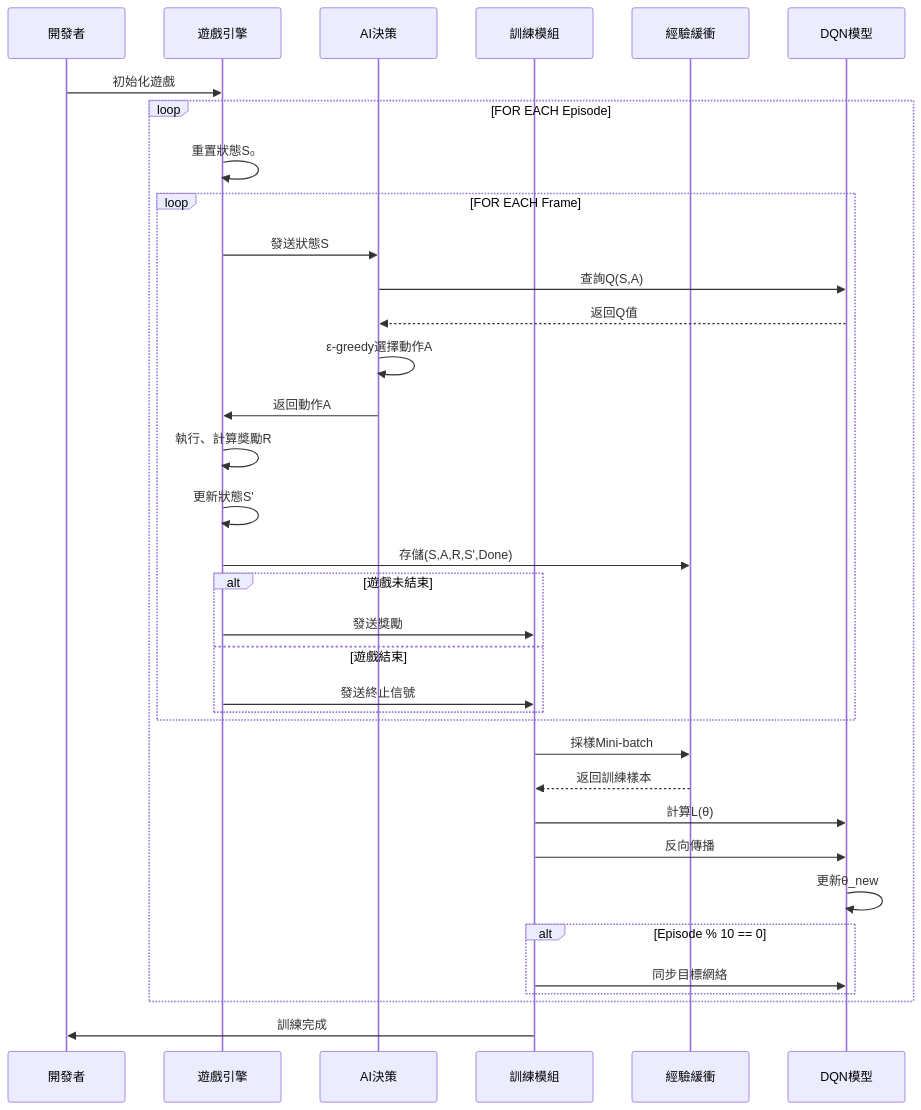
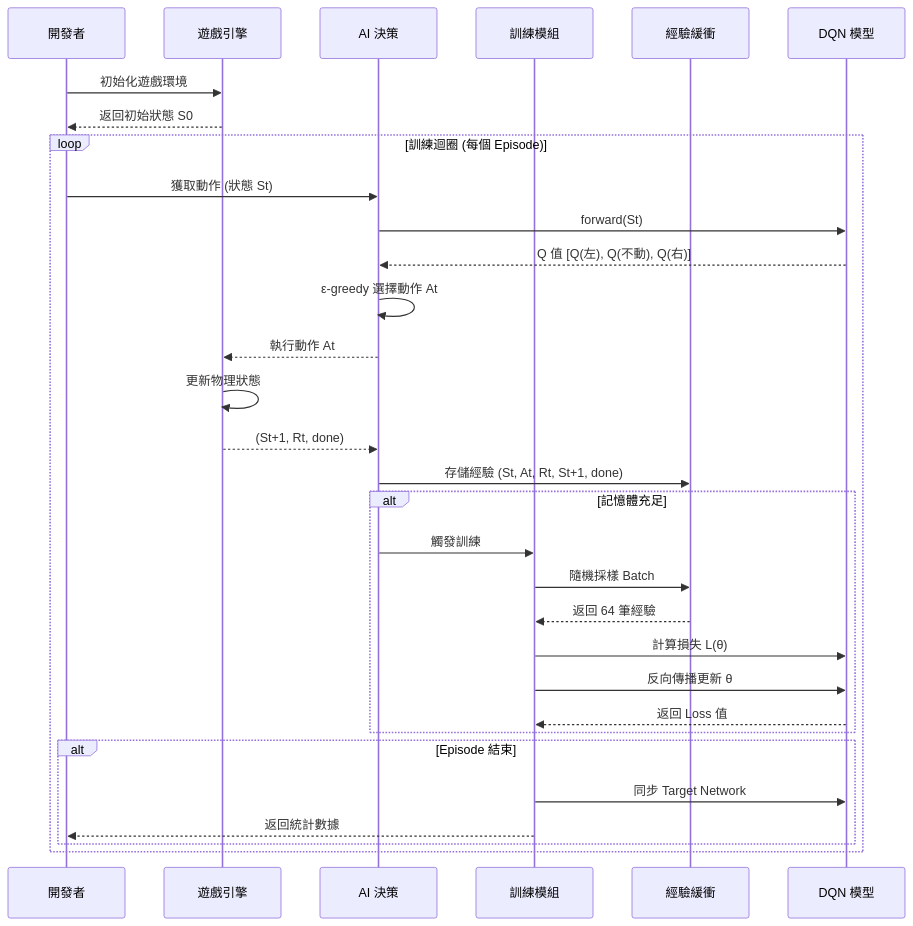
One commit to C111112104/ML_Game changed the seventh of 10 diagrams in doc/ping-pong-ai-project.md. Above: the diagram before and after it, drawn with Mermaid. The commit also changed other lines of this file, not shown here.

````diff
--- a/doc/ping-pong-ai-project.md
+++ b/doc/ping-pong-ai-project.md
@@ -257,45 +256,39 @@
 ```mermaid
 sequenceDiagram
     participant Dev as 開發者
-    participant Game as 遊戲引擎
-    participant AI as AI決策
+    participant Env as 遊戲引擎
+    participant Agent as AI 決策
     participant Train as 訓練模組
-    participant Buffer as 經驗緩衝
-    participant Model as DQN模型
-    
-    Dev->>Game: 初始化遊戲
-    
-    loop FOR EACH Episode
-        Game->>Game: 重置狀態S₀
-        
-        loop FOR EACH Frame
-            Game->>AI: 發送狀態S
-            AI->>Model: 查詢Q(S,A)
-            Model-->>AI: 返回Q值
-            AI->>AI: ε-greedy選擇動作A
-            AI->>Game: 返回動作A
-            
-            Game->>Game: 執行、計算獎勵R
-            Game->>Game: 更新狀態S'
-            Game->>Buffer: 存儲(S,A,R,S',Done)
-            
-            alt 遊戲未結束
-                Game->>Train: 發送獎勵
-            else 遊戲結束
-                Game->>Train: 發送終止信號
-            end
+    participant Mem as 經驗緩衝
+    participant DQN as DQN 模型
+
+    Dev->>Env: 初始化遊戲環境
+    Env-->>Dev: 返回初始狀態 S0
+
+    loop 訓練迴圈 (每個 Episode)
+        Dev->>Agent: 獲取動作 (狀態 St)
+        Agent->>DQN: forward(St)
+        DQN-->>Agent: Q 值 [Q(左), Q(不動), Q(右)]
+        Agent->>Agent: ε-greedy 選擇動作 At
+        Agent-->>Env: 執行動作 At
+
+        Env->>Env: 更新物理狀態
+        Env-->>Agent: (St+1, Rt, done)
+
+        Agent->>Mem: 存儲經驗 (St, At, Rt, St+1, done)
+
+        alt 記憶體充足
+            Agent->>Train: 觸發訓練
+            Train->>Mem: 隨機採樣 Batch
+            Mem-->>Train: 返回 64 筆經驗
+            Train->>DQN: 計算損失 L(θ)
+            Train->>DQN: 反向傳播更新 θ
+            DQN-->>Train: 返回 Loss 值
         end
-        
-        Train->>Buffer: 採樣Mini-batch
-        Buffer-->>Train: 返回訓練樣本
-        Train->>Model: 計算L(θ)
-        Train->>Model: 反向傳播
-        Model->>Model: 更新θ_new
-        
-        alt Episode % 10 == 0
-            Train->>Model: 同步目標網絡
+
+        alt Episode 結束
+            Train->>DQN: 同步 Target Network
+            Train-->>Dev: 返回統計數據
         end
     end
-    
-    Train->>Dev: 訓練完成
 ```
````
